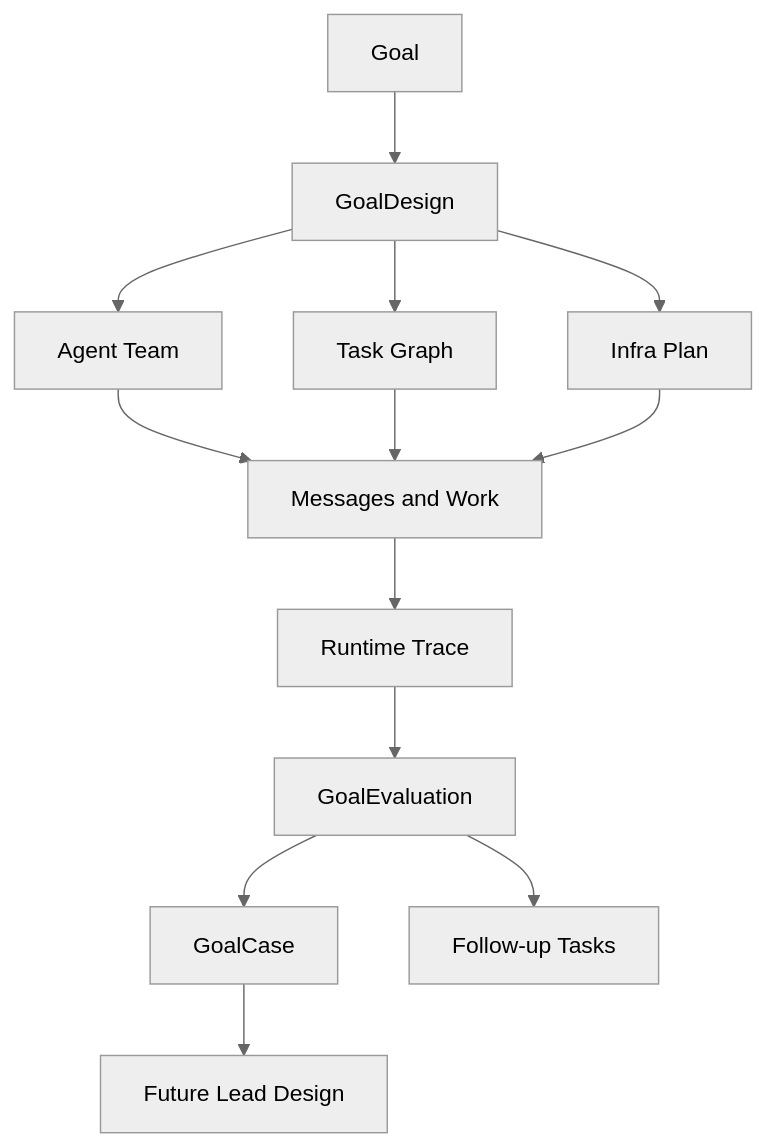
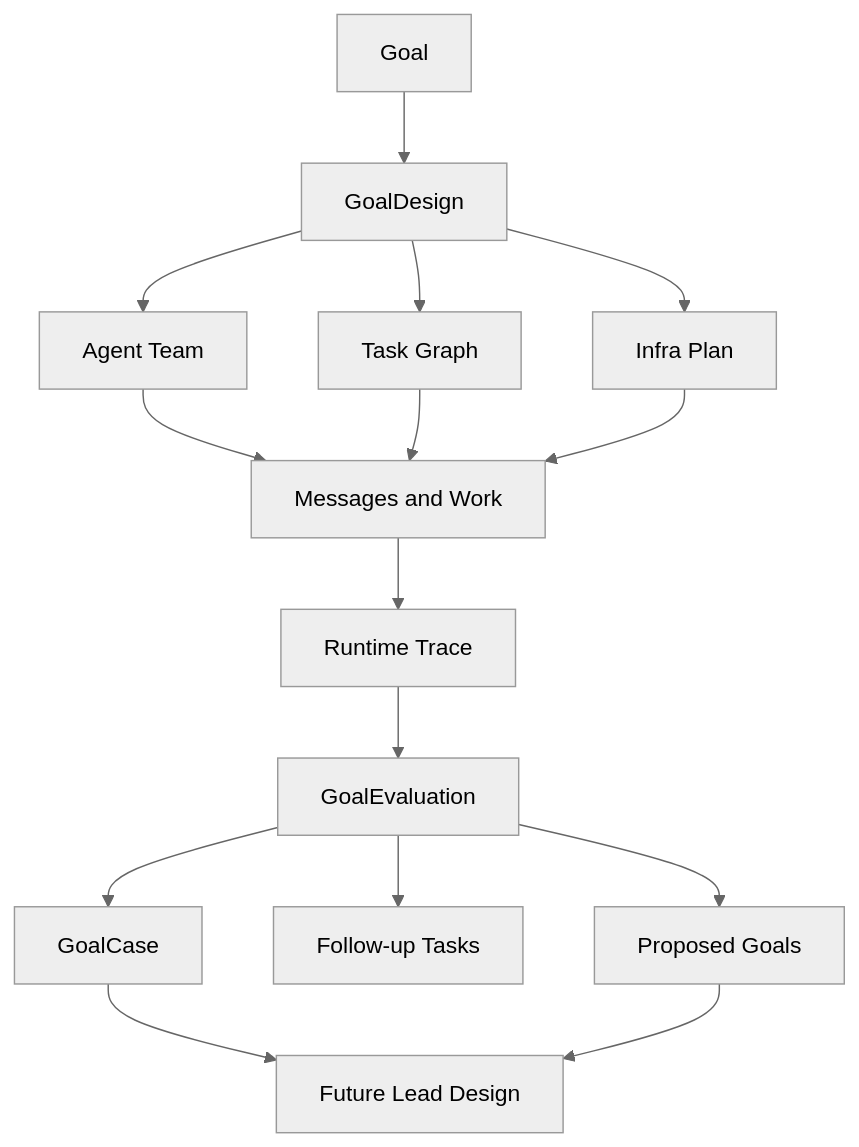
The diagram in docs/goal-learning-loop.md (cyl19970726/multi-agent-harness), drawn with Mermaid (neutral theme) before and after one commit. The commit also changed other lines of this file and 10 other files, not shown here.

````diff
--- a/docs/goal-learning-loop.md
+++ b/docs/goal-learning-loop.md
@@ -19,15 +24,17 @@
 ```mermaid
 flowchart TD
   Goal[Goal] --> Design[GoalDesign]
   Design --> Team[Agent Team]
   Design --> Graph[Task Graph]
   Design --> Infra[Infra Plan]
   Team --> Execute[Messages and Work]
   Graph --> Execute
   Infra --> Execute
   Execute --> Trace[Runtime Trace]
   Trace --> Eval[GoalEvaluation]
   Eval --> Case[GoalCase]
   Eval --> Follow[Follow-up Tasks]
+  Eval --> Proposed[Proposed Goals]
   Case --> Future[Future Lead Design]
+  Proposed --> Future
 ```
````
